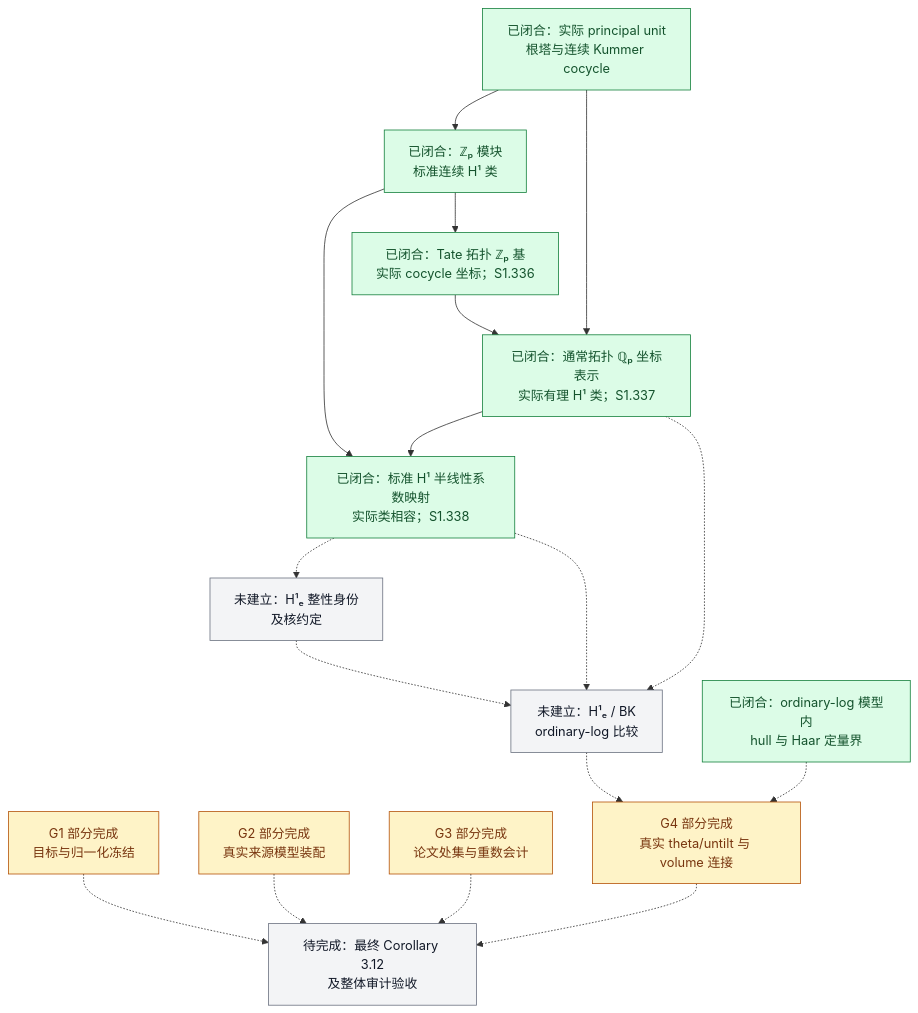
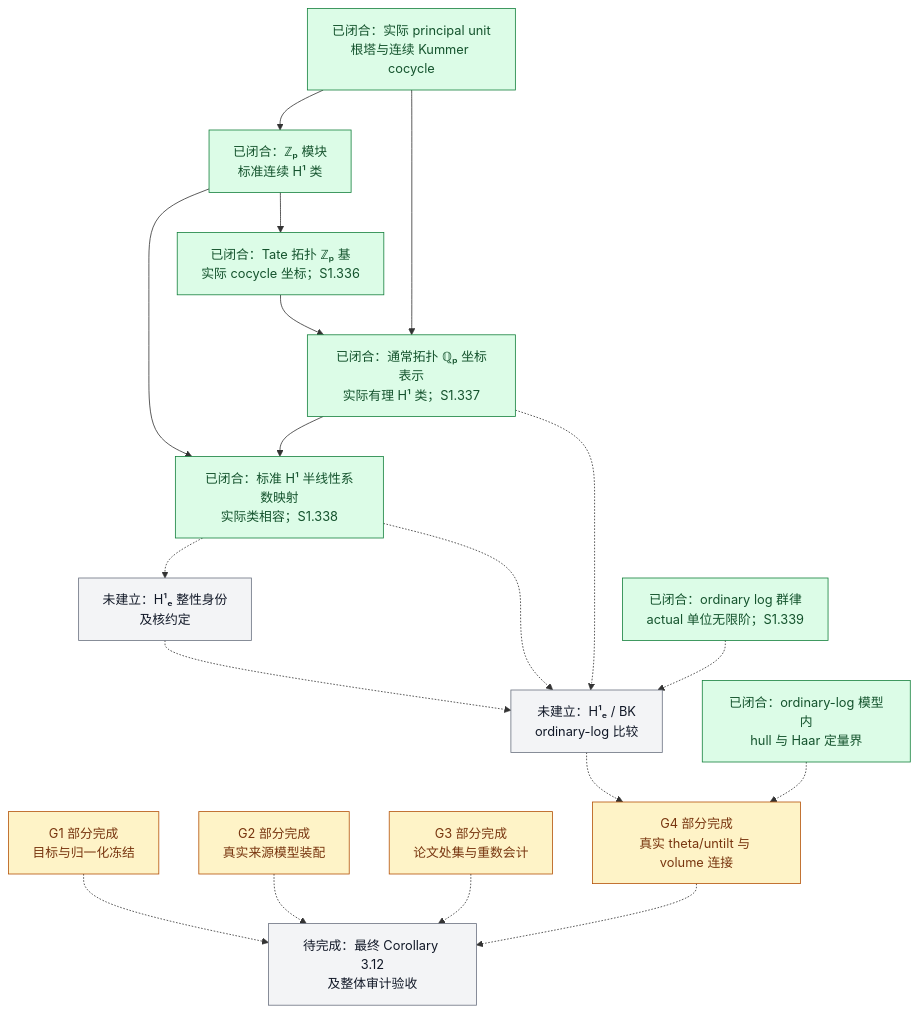
One commit to Ember-Institute/KirtiJoshi-abc changed the diagram in docs/Scene1进度总览.md. Above: the diagram before and after it, drawn with Mermaid. The commit also changed other lines of this file and 9 other files, not shown here.

Commit message:
feat(scene1): prove ordinary p-adic logarithm laws for actual units

````diff
--- a/docs/Scene1进度总览.md
+++ b/docs/Scene1进度总览.md
@@ -75,40 +75,42 @@
 ```mermaid
 flowchart TD
     K["已闭合：实际 principal unit<br/>根塔与连续 Kummer cocycle"]
     Z["已闭合：ℤₚ 模块<br/>标准连续 H¹ 类"]
     T["已闭合：Tate 拓扑 ℤₚ 基<br/>实际 cocycle 坐标；S1.336"]
     Q["已闭合：通常拓扑 ℚₚ 坐标表示<br/>实际有理 H¹ 类；S1.337"]
     I["已闭合：标准 H¹ 半线性系数映射<br/>实际类相容；S1.338"]
     J["未建立：H¹ₑ 整性身份<br/>及核约定"]
     B["未建立：H¹ₑ / BK<br/>ordinary-log 比较"]
     H["已闭合：ordinary-log 模型内<br/>hull 与 Haar 定量界"]
+    L["已闭合：ordinary log 群律<br/>actual 单位无限阶；S1.339"]
     V["G4 部分完成<br/>真实 theta/untilt 与 volume 连接"]
     G1["G1 部分完成<br/>目标与归一化冻结"]
     G2["G2 部分完成<br/>真实来源模型装配"]
     G3["G3 部分完成<br/>论文处集与重数会计"]
     C["待完成：最终 Corollary 3.12<br/>及整体审计验收"]
 
     K --> Z
     Z --> T
     T --> Q
     K --> Q
     Z --> I
     Q --> I
     I -.-> J
     J -.-> B
     I -.-> B
     Q -.-> B
+    L -.-> B
     B -.-> V
     H -.-> V
     G1 -.-> C
     G2 -.-> C
     G3 -.-> C
     V -.-> C
 
     classDef done fill:#dcfce7,stroke:#15803d,color:#14532d;
     classDef partial fill:#fef3c7,stroke:#b45309,color:#78350f;
     classDef open fill:#f3f4f6,stroke:#6b7280,color:#111827;
-    class K,Z,T,Q,H,I done;
+    class K,Z,T,Q,H,I,L done;
     class G1,G2,G3,V partial;
     class J,B,C open;
 ```
````
